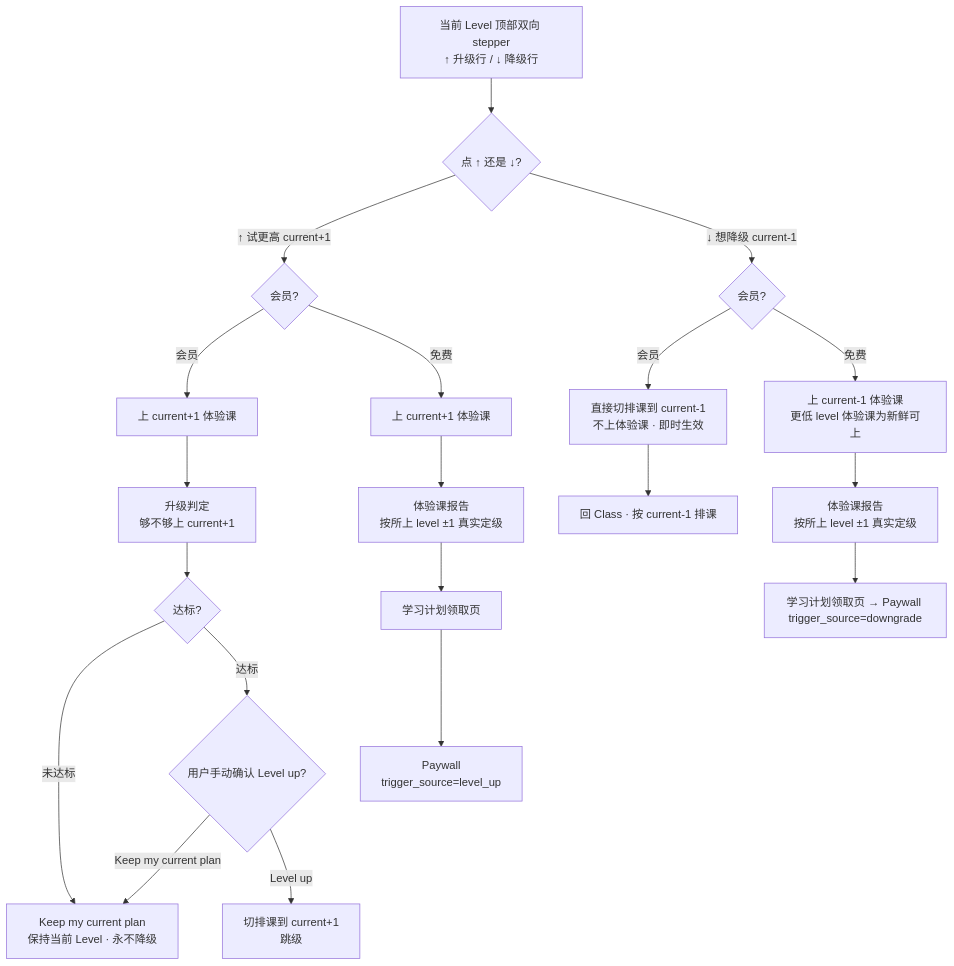
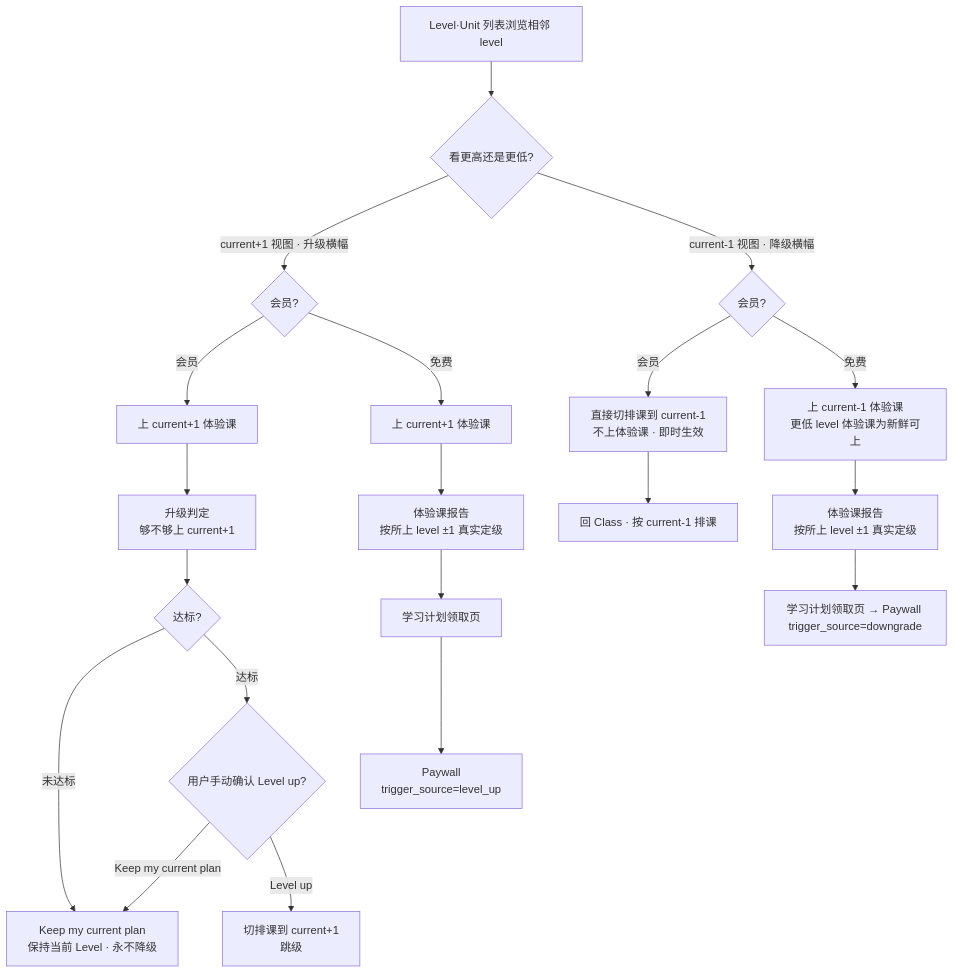
Before and after one commit to cyanlee888/cyan: the first of 3 diagrams in V1.3.1-产品需求文档-PRD.md, drawn with Mermaid. The commit also changed other lines of this file and 3 other files, not shown here.

````diff
--- a/V1.3.1-产品需求文档-PRD.md
+++ b/V1.3.1-产品需求文档-PRD.md
@@ -103,24 +103,24 @@
 ```mermaid
 flowchart TB
-  Start[当前 Level 顶部双向 stepper<br/>↑ 升级行 / ↓ 降级行] --> Dir{点 ↑ 还是 ↓?}
+  Start[Level·Unit 列表浏览相邻 level] --> Dir{看更高还是更低?}
 
-  Dir -->|↑ 试更高 current+1| Up{会员?}
+  Dir -->|current+1 视图 · 升级横幅| Up{会员?}
   Up -->|会员| UpTrialM[上 current+1 体验课]
   Up -->|免费| UpTrialF[上 current+1 体验课]
   UpTrialM --> UpReport[升级判定<br/>够不够上 current+1]
   UpReport --> Cmp{达标?}
   Cmp -->|未达标| Keep[Keep my current plan<br/>保持当前 Level · 永不降级]
   Cmp -->|达标| Confirm{用户手动确认 Level up?}
   Confirm -->|Keep my current plan| Keep
   Confirm -->|Level up| UpdatePlanM[切排课到 current+1<br/>跳级]
   UpTrialF --> UpReportF[体验课报告<br/>按所上 level ±1 真实定级]
   UpReportF --> StudyPlanUp[学习计划领取页]
   StudyPlanUp --> PaywallUp[Paywall<br/>trigger_source=level_up]
 
-  Dir -->|↓ 想降级 current-1| Down{会员?}
+  Dir -->|current-1 视图 · 降级横幅| Down{会员?}
   Down -->|会员| DownDirect[直接切排课到 current-1<br/>不上体验课 · 即时生效]
   Down -->|免费| DownTrialF[上 current-1 体验课<br/>更低 level 体验课为新鲜可上]
   DownTrialF --> DownReport[体验课报告<br/>按所上 level ±1 真实定级]
   DownReport --> StudyPlan[学习计划领取页 → Paywall trigger_source=downgrade]
   DownDirect --> Class2[回 Class · 按 current-1 排课]
 ```
````
